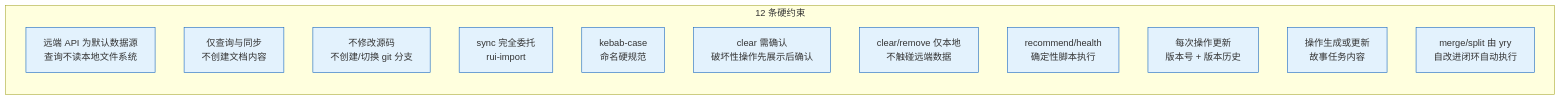
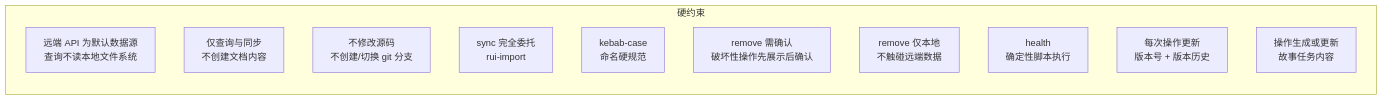
The tenth of 12 diagrams in skills/rui-story/SKILL.md (effiy/YrY), drawn with Mermaid before and after one commit. The commit also changed other lines of this file and 61 other files, not shown here.

````diff
--- a/skills/rui-story/SKILL.md
+++ b/skills/rui-story/SKILL.md
@@ -502,18 +297,16 @@
 ```mermaid
 flowchart LR
-    subgraph 规则["12 条硬约束"]
+    subgraph 规则["硬约束"]
         R1["远端 API 为默认数据源<br/>查询不读本地文件系统"]:::rule
         R2["仅查询与同步<br/>不创建文档内容"]:::rule
         R3["不修改源码<br/>不创建/切换 git 分支"]:::rule
         R4["sync 完全委托<br/>rui-import"]:::rule
         R5["kebab-case<br/>命名硬规范"]:::rule
-        R6["clear 需确认<br/>破坏性操作先展示后确认"]:::rule
-        R7["clear/remove 仅本地<br/>不触碰远端数据"]:::rule
-        R8["recommend/health<br/>确定性脚本执行"]:::rule
-            R9["每次操作更新<br/>版本号 + 版本历史"]:::rule
-            R10["操作生成或更新<br/>故事任务内容"]:::rule
-            R11["merge/split 由 yry<br/>自改进闭环自动执行"]:::rule
+        R6["remove 需确认<br/>破坏性操作先展示后确认"]:::rule
+        R7["remove 仅本地<br/>不触碰远端数据"]:::rule
+        R8["health<br/>确定性脚本执行"]:::rule
+        R9["每次操作更新<br/>版本号 + 版本历史"]:::rule
+        R10["操作生成或更新<br/>故事任务内容"]:::rule
     end
 
-    classDef rule fill:#e3f2fd,stroke:#1565c0;
 ```
````
